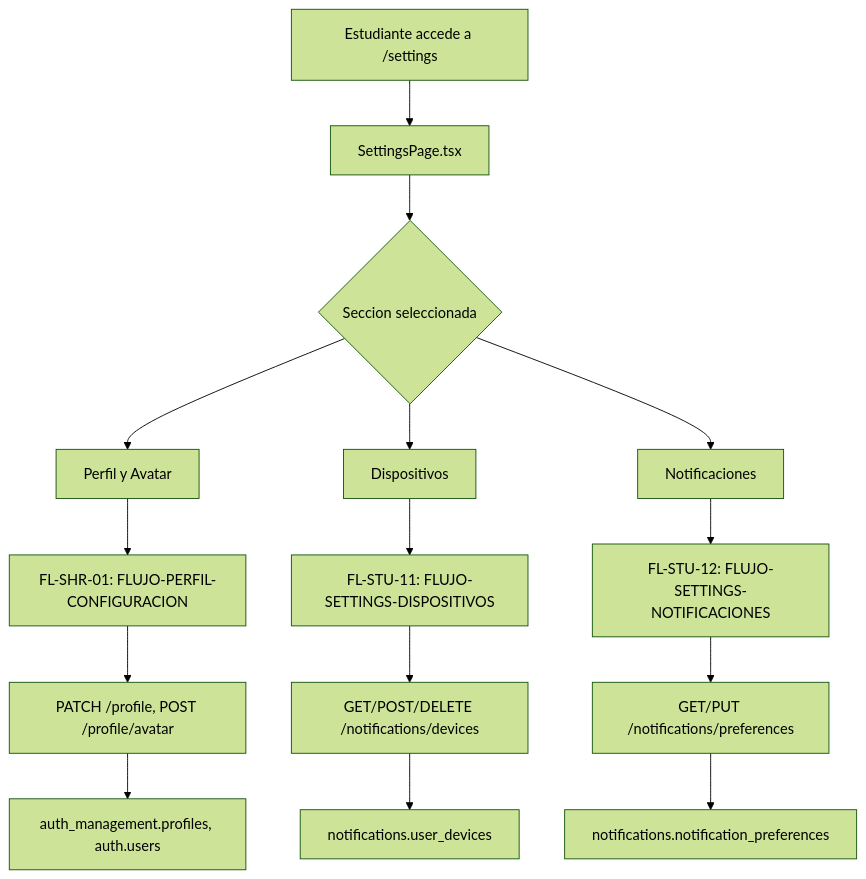
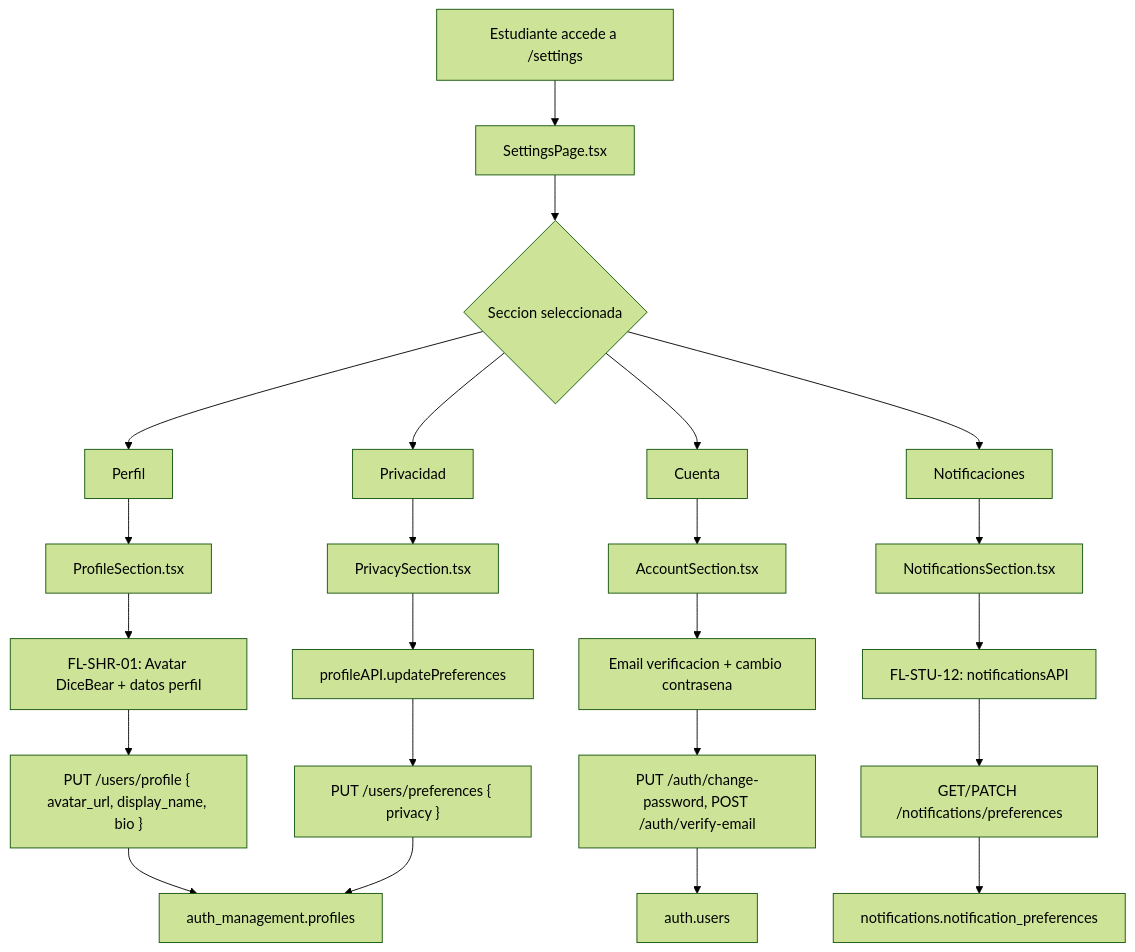
The first of 2 diagrams in docs/30-ux-ui/flujos/student/FLUJO-PERFIL-AJUSTES-ESTUDIANTE.md (rckrdmrd/gamilit-workspace), drawn with Mermaid (forest theme) before and after one commit. The commit also changed other lines of this file and 638 other files, not shown here.

````diff
--- a/docs/30-ux-ui/flujos/student/FLUJO-PERFIL-AJUSTES-ESTUDIANTE.md
+++ b/docs/30-ux-ui/flujos/student/FLUJO-PERFIL-AJUSTES-ESTUDIANTE.md
@@ -36,21 +47,31 @@
 ```mermaid
 flowchart TD
     A[Estudiante accede a /settings] --> B[SettingsPage.tsx]
     B --> C{Seccion seleccionada}
 
-    C --> D[Perfil y Avatar]
-    C --> E[Dispositivos]
+    C --> D[Perfil]
+    C --> E[Cuenta]
     C --> F[Notificaciones]
+    C --> G[Privacidad]
 
-    D --> G["FL-SHR-01: FLUJO-PERFIL-CONFIGURACION"]
-    E --> H["FL-STU-11: FLUJO-SETTINGS-DISPOSITIVOS"]
-    F --> I["FL-STU-12: FLUJO-SETTINGS-NOTIFICACIONES"]
+    D --> D1["ProfileSection.tsx"]
+    D1 --> D2["FL-SHR-01: Avatar DiceBear + datos perfil"]
+    D2 --> D3["PUT /users/profile { avatar_url, display_name, bio }"]
 
-    G --> J[PATCH /profile, POST /profile/avatar]
-    H --> K[GET/POST/DELETE /notifications/devices]
-    I --> L[GET/PUT /notifications/preferences]
+    E --> E1["AccountSection.tsx"]
+    E1 --> E2["Email verificacion + cambio contrasena"]
+    E2 --> E3["PUT /auth/change-password, POST /auth/verify-email"]
 
-    J --> M[auth_management.profiles, auth.users]
-    K --> N[notifications.user_devices]
-    L --> O[notifications.notification_preferences]
+    F --> F1["NotificationsSection.tsx"]
+    F1 --> F2["FL-STU-12: notificationsAPI"]
+    F2 --> F3["GET/PATCH /notifications/preferences"]
+
+    G --> G1["PrivacySection.tsx"]
+    G1 --> G2["profileAPI.updatePreferences"]
+    G2 --> G3["PUT /users/preferences { privacy }"]
+
+    D3 --> M[auth_management.profiles]
+    E3 --> N[auth.users]
+    F3 --> O[notifications.notification_preferences]
+    G3 --> M
 ```
````
